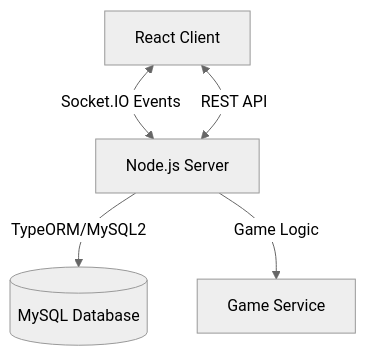
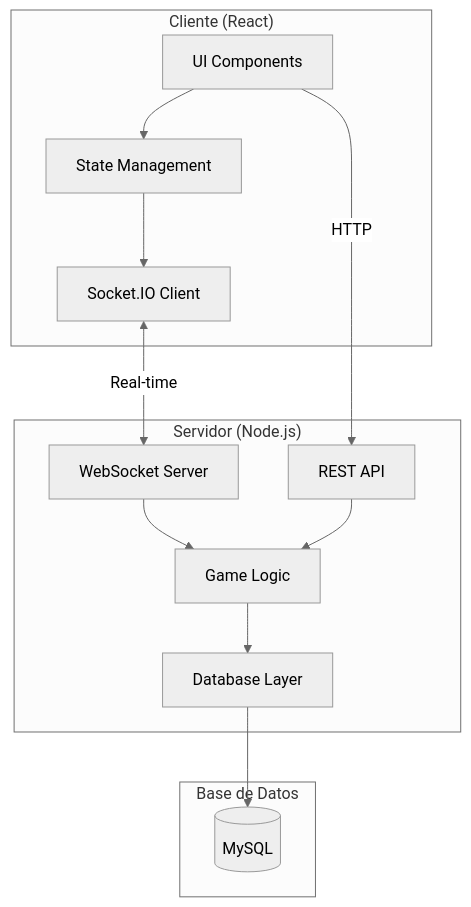
One commit to Geovanni-Gonzalez/Match-3 changed the diagram in README.md. Above: the diagram before and after it, drawn with Mermaid (neutral theme). The commit also changed other lines of this file and 28 other files, not shown here.

````diff
--- a/README.md
+++ b/README.md
@@ -51,7 +86,28 @@
 ```mermaid
-graph TD
-    Client[React Client] <-->|Socket.IO Events| Server[Node.js Server]
-    Client <-->|REST API| Server
-    Server -->|TypeORM/MySQL2| DB[(MySQL Database)]
-    Server -->|Game Logic| GameService[Game Service]
+graph TB
+    subgraph "Cliente (React)"
+        UI[UI Components]
+        State[State Management]
+        Socket[Socket.IO Client]
+    end
+    
+    subgraph "Servidor (Node.js)"
+        API[REST API]
+        WS[WebSocket Server]
+        Game[Game Logic]
+        DB[Database Layer]
+    end
+    
+    subgraph "Base de Datos"
+        MySQL[(MySQL)]
+    end
+    
+    UI --> State
+    State --> Socket
+    Socket <-->|Real-time| WS
+    UI -->|HTTP| API
+    WS --> Game
+    API --> Game
+    Game --> DB
+    DB --> MySQL
 ```
````
